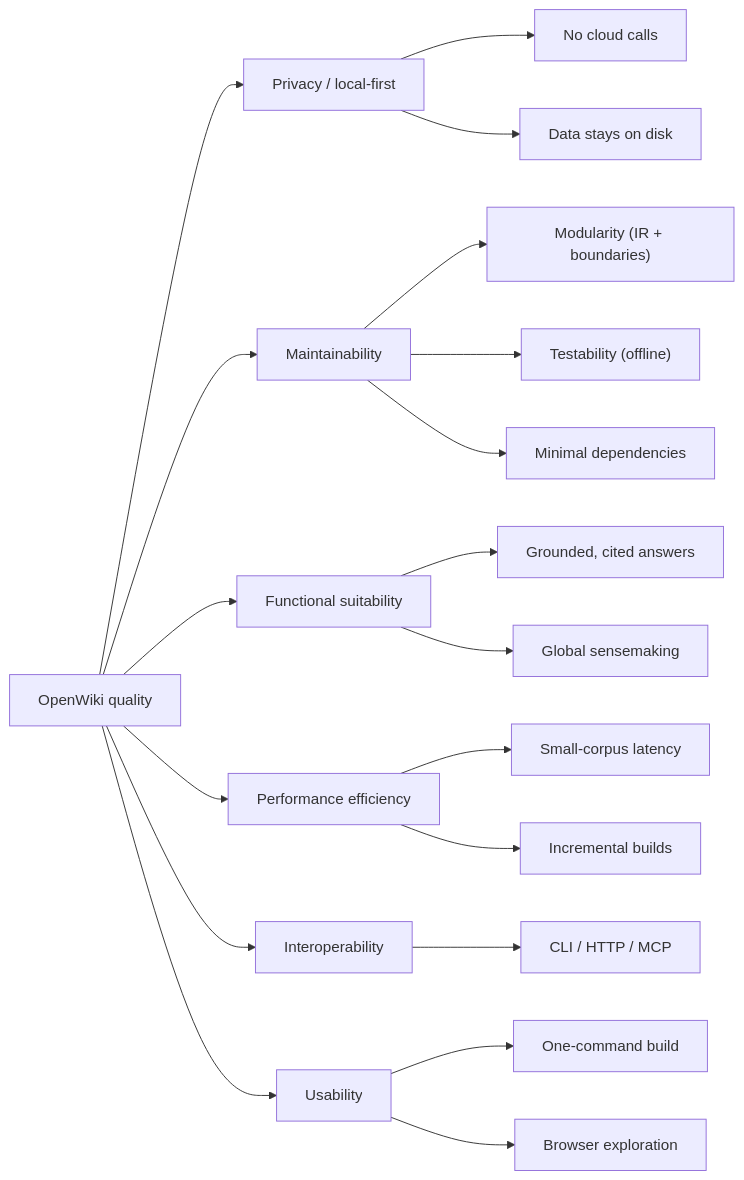
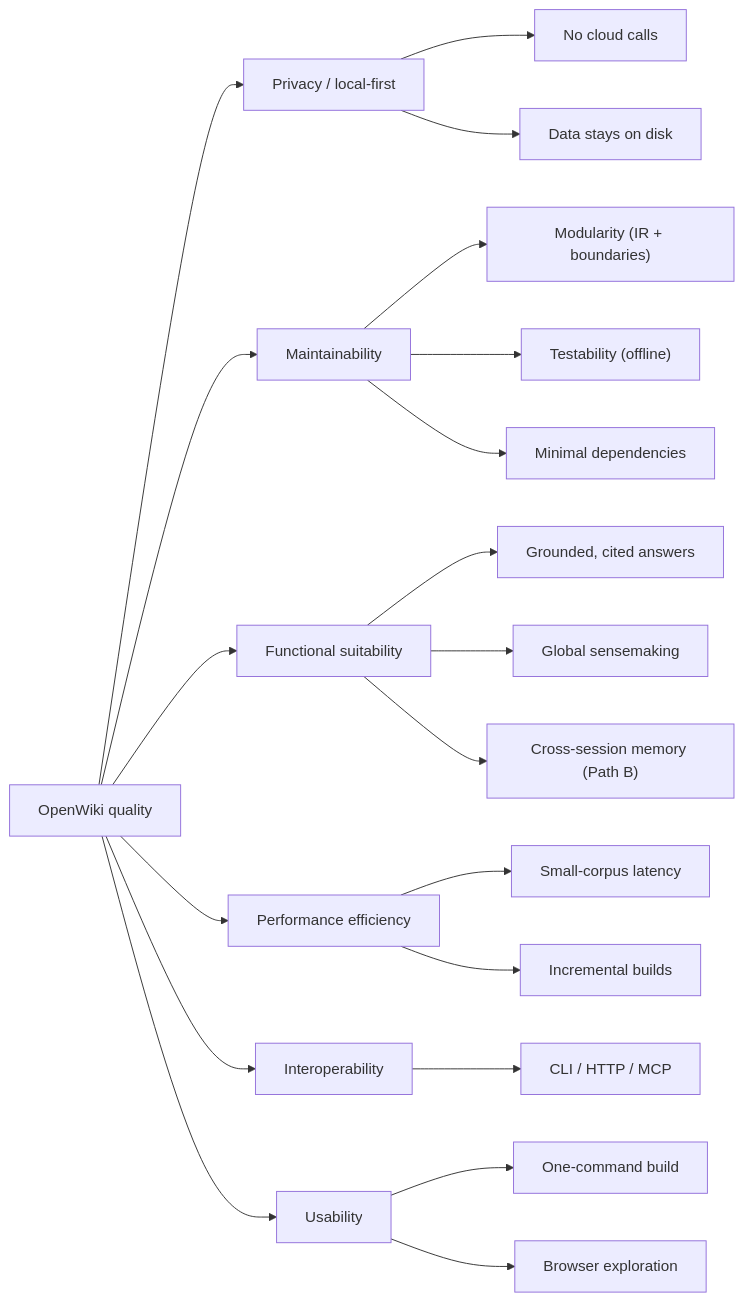
Before and after one commit to Neuroant/OpenWiki: the diagram in docs/arc42/10-quality-requirements.md, drawn with Mermaid. The commit also changed other lines of this file and 11 other files, not shown here.

First line of the commit message:
docs(arc42): reflect landed Path B (B0/B1/B4 + the memory tier)

````diff
--- a/docs/arc42/10-quality-requirements.md
+++ b/docs/arc42/10-quality-requirements.md
@@ -8,16 +8,16 @@
 ```mermaid
 flowchart LR
   Q["OpenWiki quality"]
   Q --> P["Privacy / local-first"]
   Q --> M["Maintainability"]
   Q --> F["Functional suitability"]
   Q --> E["Performance efficiency"]
   Q --> I["Interoperability"]
   Q --> U["Usability"]
   P --> P1["No cloud calls"] & P2["Data stays on disk"]
   M --> M1["Modularity (IR + boundaries)"] & M2["Testability (offline)"] & M3["Minimal dependencies"]
-  F --> F1["Grounded, cited answers"] & F2["Global sensemaking"]
+  F --> F1["Grounded, cited answers"] & F2["Global sensemaking"] & F3["Cross-session memory (Path B)"]
   E --> E1["Small-corpus latency"] & E2["Incremental builds"]
   I --> I1["CLI / HTTP / MCP"]
   U --> U1["One-command build"] & U2["Browser exploration"]
 ```
````
